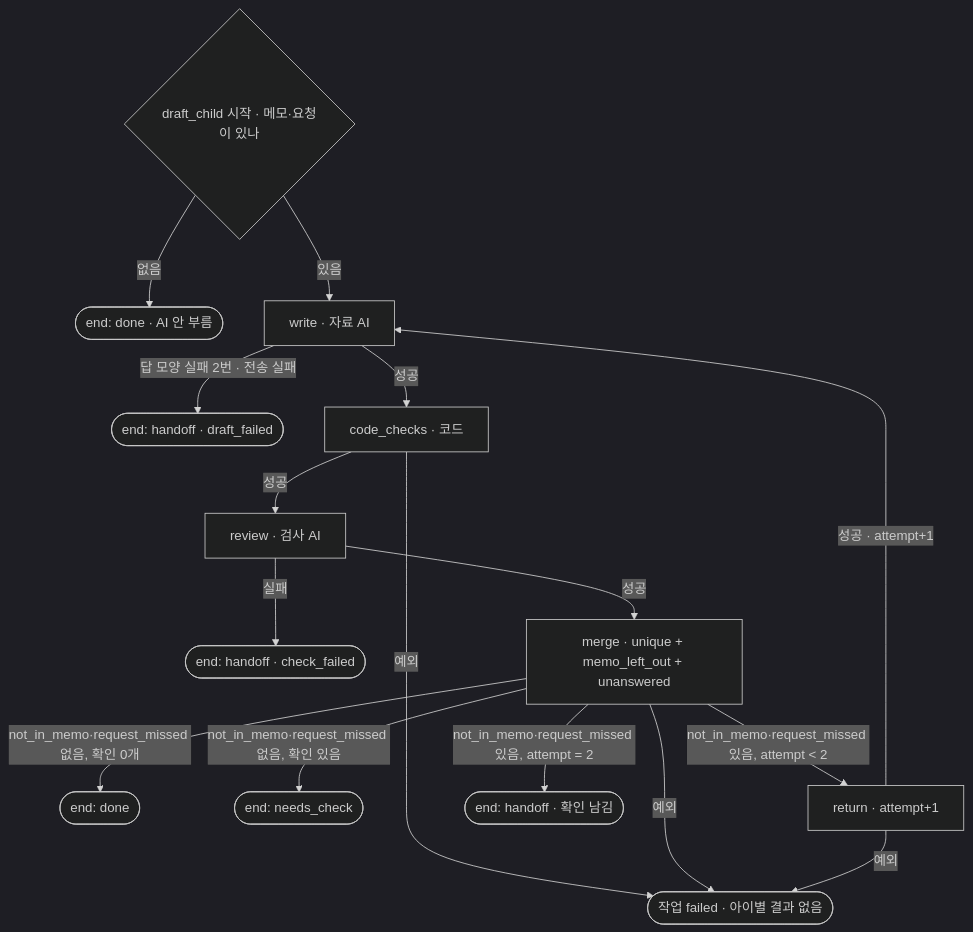
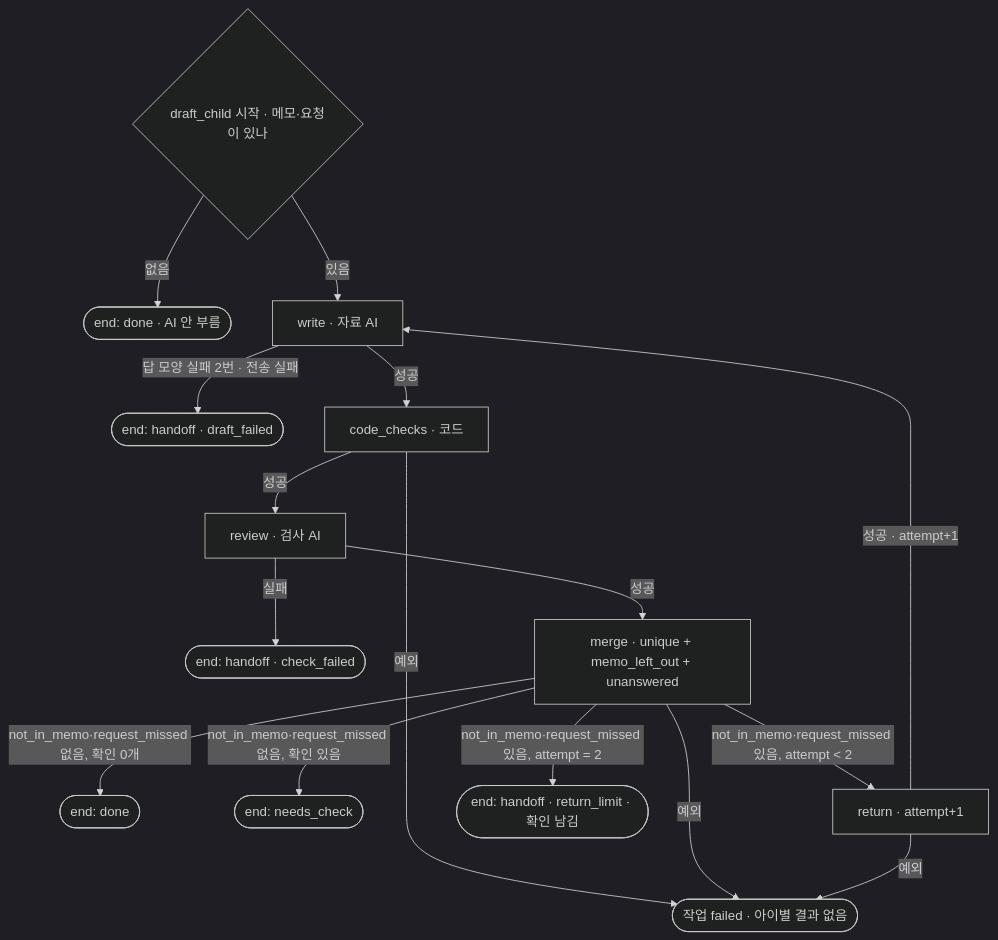
The second of 3 diagrams in Docs/Step3/T25_단일에이전트_상태전이_설계서.md (aio-final-2team/FinalProject_2Team), drawn with Mermaid (dark theme) before and after one commit. The commit also changed other lines of this file and 2 other files, not shown here.

````diff
--- a/Docs/Step3/T25_단일에이전트_상태전이_설계서.md
+++ b/Docs/Step3/T25_단일에이전트_상태전이_설계서.md
@@ -59,19 +59,19 @@
 ```mermaid
 flowchart TD
     S{draft_child 시작 · 메모·요청이 있나}
     S -->|없음| E1([end: done · AI 안 부름])
     S -->|있음| W[write · 자료 AI]
     W -->|답 모양 실패 2번 · 전송 실패| E3([end: handoff · draft_failed])
     W -->|성공| C[code_checks · 코드]
     C -->|성공| R[review · 검사 AI]
     C -->|예외| F([작업 failed · 아이별 결과 없음])
     R -->|실패| E4([end: handoff · check_failed])
     R -->|성공| M[merge · unique + memo_left_out + unanswered]
     M -->|not_in_memo·request_missed 없음, 확인 0개| E1b([end: done])
     M -->|not_in_memo·request_missed 없음, 확인 있음| E2([end: needs_check])
     M -->|not_in_memo·request_missed 있음, attempt < 2| RT[return · attempt+1]
     RT -->|성공 · attempt+1| W
-    M -->|not_in_memo·request_missed 있음, attempt = 2| E5([end: handoff · 확인 남김])
+    M -->|not_in_memo·request_missed 있음, attempt = 2| E5([end: handoff · return_limit · 확인 남김])
     M -->|예외| F
     RT -->|예외| F
 ```
````
